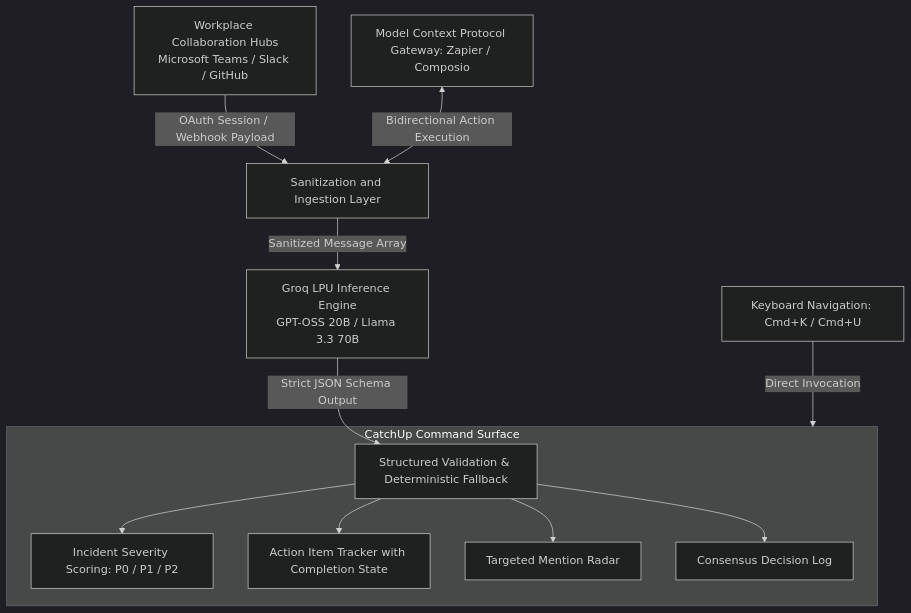
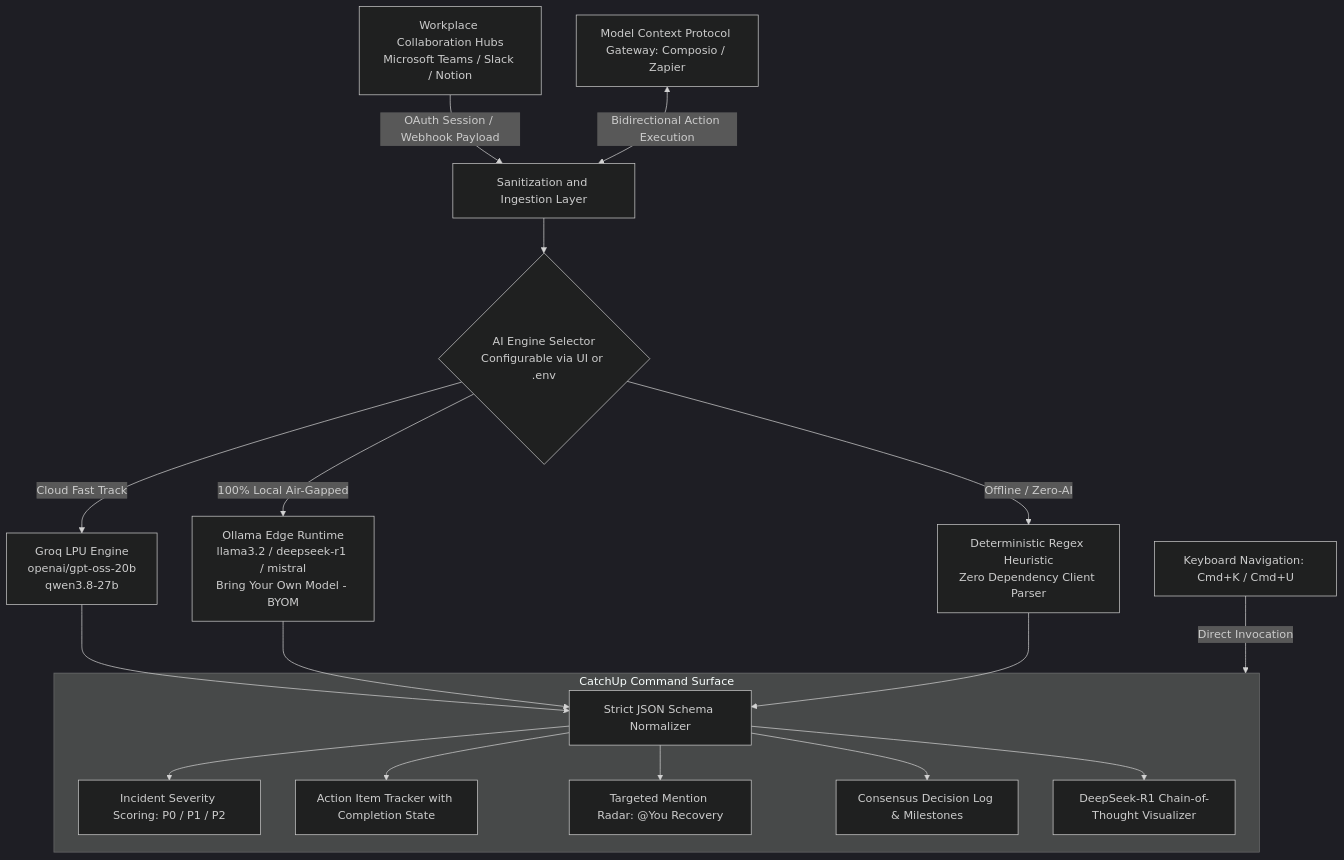
Before and after one commit to shree1071/catchup: the diagram in README.md, drawn with Mermaid (dark theme). The commit also changed other lines of this file and 10 other files, not shown here.

Commit message:
feat(ai): add Ollama local edge endpoints, BYOM support, and update .env.example and README

````diff
--- a/README.md
+++ b/README.md
@@ -38,16 +43,25 @@
 ```mermaid
 flowchart TD
-    A[Workplace Collaboration Hubs\nMicrosoft Teams / Slack / GitHub] -->|OAuth Session / Webhook Payload| B[Sanitization and Ingestion Layer]
-    B -->|Sanitized Message Array| C[Groq LPU Inference Engine\nGPT-OSS 20B / Llama 3.3 70B]
-    C -->|Strict JSON Schema Output| D[Structured Validation & Deterministic Fallback]
+    A[Workplace Collaboration Hubs\nMicrosoft Teams / Slack / Notion] -->|OAuth Session / Webhook Payload| B[Sanitization and Ingestion Layer]
+    
+    B --> C{AI Engine Selector\nConfigurable via UI or .env}
+    
+    C -->|Cloud Fast Track| D1[Groq LPU Engine\nopenai/gpt-oss-20b\nqwen3.8-27b]
+    C -->|100% Local Air-Gapped| D2[Ollama Edge Runtime\nllama3.2 / deepseek-r1 / mistral\nBring Your Own Model - BYOM]
+    C -->|Offline / Zero-AI| D3[Deterministic Regex Heuristic\nZero Dependency Client Parser]
+    
+    D1 --> E[Strict JSON Schema Normalizer]
+    D2 --> E
+    D3 --> E
     
     subgraph UI [CatchUp Command Surface]
-        D --> E1[Incident Severity Scoring: P0 / P1 / P2]
-        D --> E2[Action Item Tracker with Completion State]
-        D --> E3[Targeted Mention Radar]
-        D --> E4[Consensus Decision Log]
+        E --> F1[Incident Severity Scoring: P0 / P1 / P2]
+        E --> F2[Action Item Tracker with Completion State]
+        E --> F3[Targeted Mention Radar: @You Recovery]
+        E --> F4[Consensus Decision Log & Milestones]
+        E --> F5[DeepSeek-R1 Chain-of-Thought Visualizer]
     end
 
-    F[Keyboard Navigation: Cmd+K / Cmd+U] -->|Direct Invocation| UI
-    G[Model Context Protocol Gateway: Zapier / Composio] <-->|Bidirectional Action Execution| B
+    G[Keyboard Navigation: Cmd+K / Cmd+U] -->|Direct Invocation| UI
+    H[Model Context Protocol Gateway: Composio / Zapier] <-->|Bidirectional Action Execution| B
 ```
````
